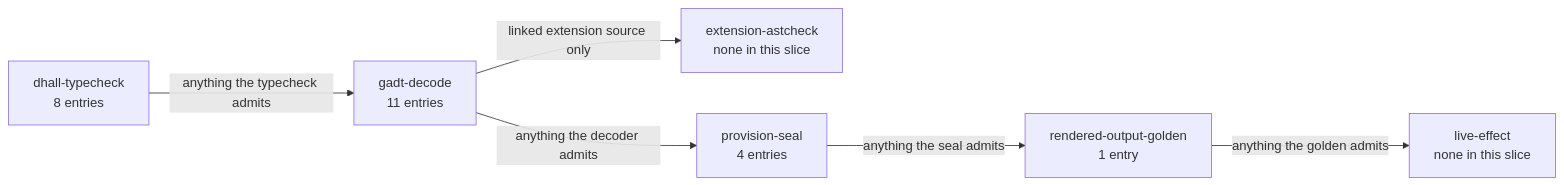
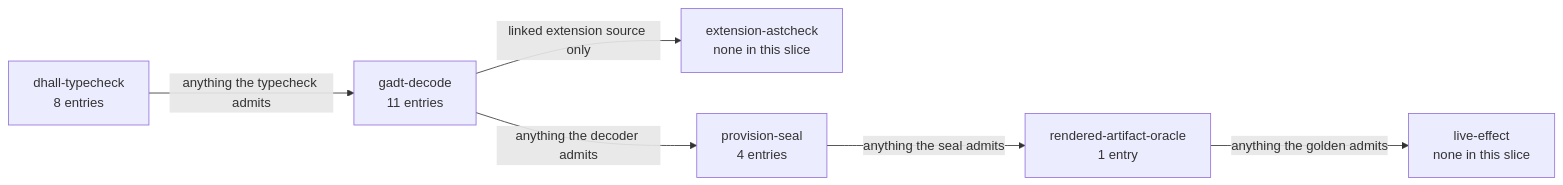
One commit to Tuee22/amoebius changed the diagram in documents/illegal_state/illegal_state_storage.md. Above: the diagram before and after it, drawn with Mermaid. The commit also changed other lines of this file and 345 other files, not shown here.

````diff
--- a/documents/illegal_state/illegal_state_storage.md
+++ b/documents/illegal_state/illegal_state_storage.md
@@ -31,15 +31,15 @@
 ```mermaid
 flowchart LR
   %% register: orientation
   g1["dhall-typecheck<br/>8 entries"]
   g2["gadt-decode<br/>11 entries"]
   g3["extension-astcheck<br/>none in this slice"]
   ps["provision-seal<br/>4 entries"]
-  rg["rendered-output-golden<br/>1 entry"]
+  rg["rendered-artifact-oracle<br/>1 entry"]
   le["live-effect<br/>none in this slice"]
   g1 -->|"anything the typecheck admits"| g2
   g2 -->|"linked extension source only"| g3
   g2 -->|"anything the decoder admits"| ps
   ps -->|"anything the seal admits"| rg
   rg -->|"anything the golden admits"| le
 ```
````
